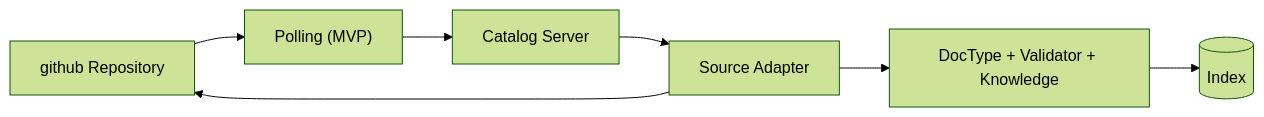
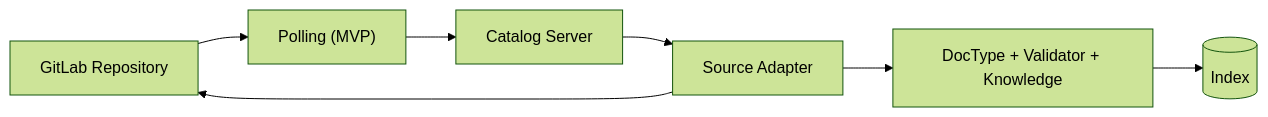
Before and after one commit to humaki4/dokkurator: the second of 2 diagrams in docs/architecture/catalog-server.md, drawn with Mermaid (forest theme). The commit also changed other lines of this file and 31 other files, not shown here.

````diff
--- a/docs/architecture/catalog-server.md
+++ b/docs/architecture/catalog-server.md
@@ -138,16 +142,16 @@
 ```mermaid
 flowchart LR
-    github["github Repository"]
+    GitLab["GitLab Repository"]
     Trigger["Polling (MVP)"]
     Catalog["Catalog Server"]
     Source["Source Adapter"]
     Processing["DocType + Validator + Knowledge"]
     Index[("Index")]
 
-    github --> Trigger
+    GitLab --> Trigger
     Trigger --> Catalog
     Catalog --> Source
-    Source --> github
+    Source --> GitLab
     Source --> Processing
     Processing --> Index
 ```
````
